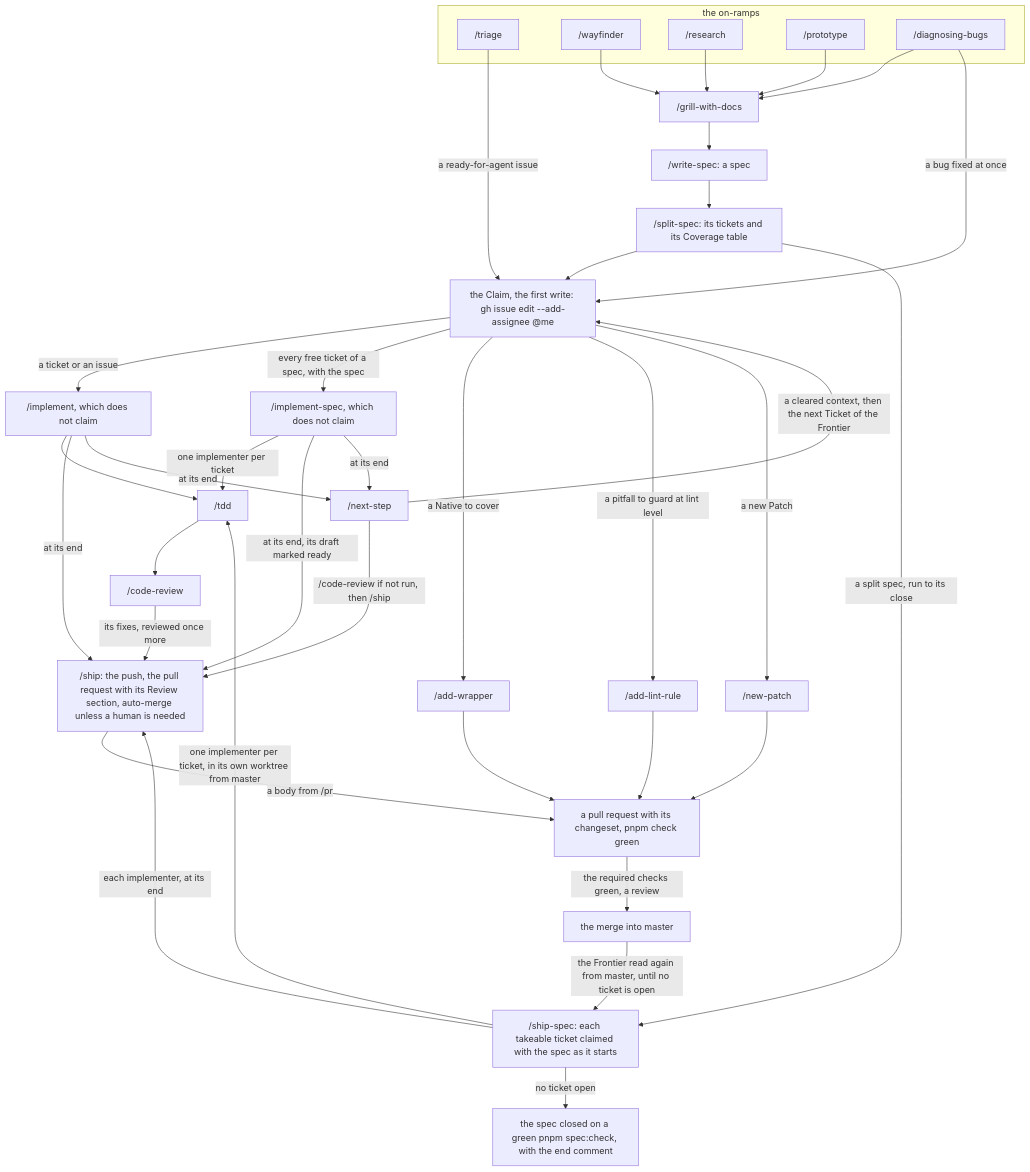
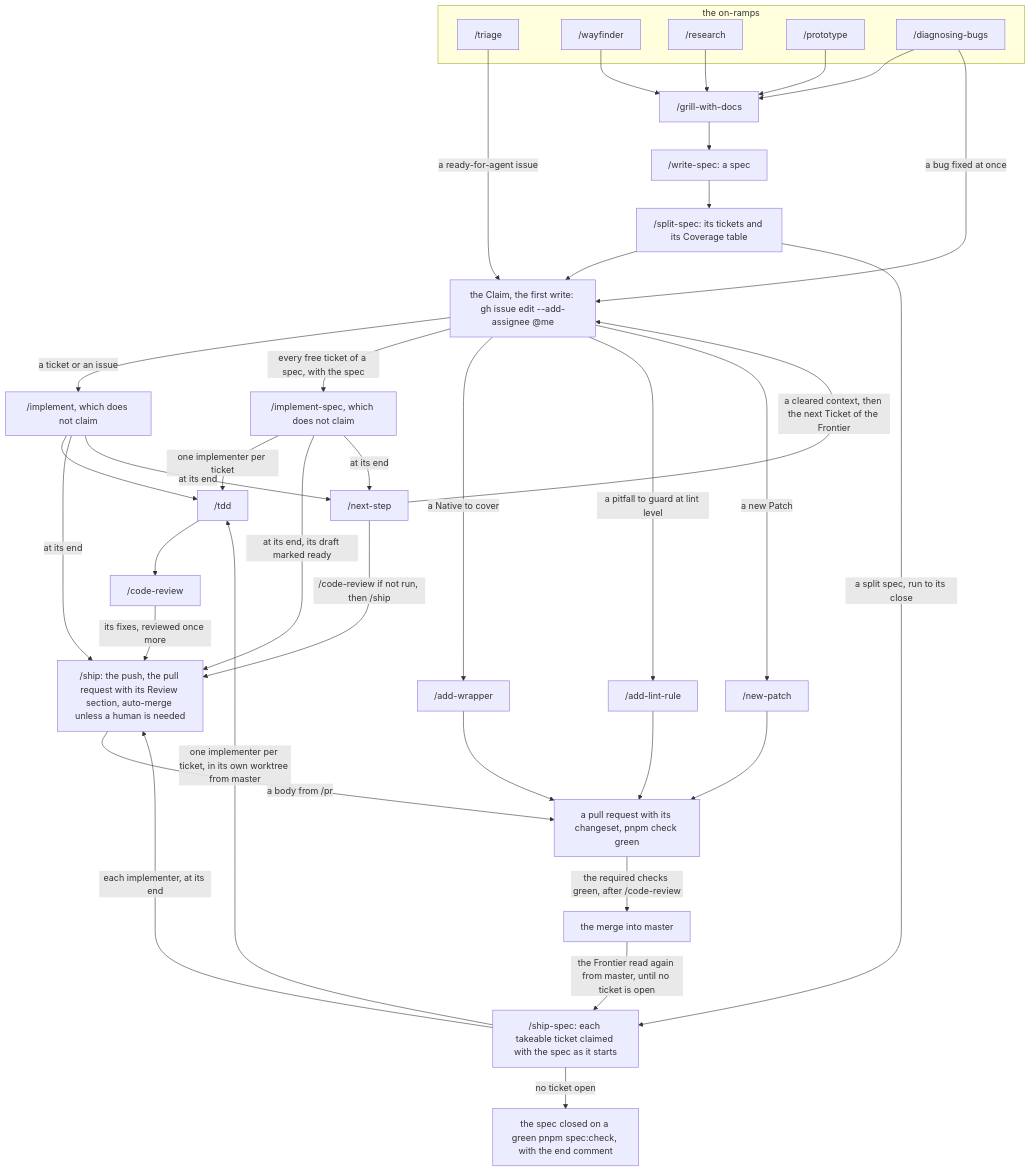
One commit to phmilk/reforged-ts changed the diagram in docs/agents/development-loop.md. Above: the diagram before and after it, drawn with Mermaid.

Commit message:
docs(agents): the loop's merge waits for the required checks after /code-review, no human review (ADR 0021)

````diff
--- a/docs/agents/development-loop.md
+++ b/docs/agents/development-loop.md
@@ -77,64 +77,64 @@
 ```mermaid
 flowchart TD
   %% diagram: development-loop
   %% covers: skills
   subgraph on_ramps["the on-ramps"]
     triage["/triage"]
     wayfinder["/wayfinder"]
     research["/research"]
     prototype["/prototype"]
     diagnosing_bugs["/diagnosing-bugs"]
   end
   grill_with_docs["/grill-with-docs"]
   write_spec["/write-spec: a spec"]
   split_spec["/split-spec: its tickets and its Coverage table"]
   claim["the Claim, the first write: gh issue edit --add-assignee @me"]
   implement["/implement, which does not claim"]
   implement_spec["/implement-spec, which does not claim"]
   tdd["/tdd"]
   code_review["/code-review"]
   next_step["/next-step"]
   ship_spec["/ship-spec: each takeable ticket claimed with the spec as it starts"]
   spec_closed["the spec closed on a green pnpm spec:check, with the end comment"]
   ship["/ship: the push, the pull request with its Review section, auto-merge unless a human is needed"]
   add_wrapper["/add-wrapper"]
   add_lint_rule["/add-lint-rule"]
   new_patch["/new-patch"]
   pull_request["a pull request with its changeset, pnpm check green"]
   merge["the merge into master"]
 
   wayfinder --> grill_with_docs
   research --> grill_with_docs
   prototype --> grill_with_docs
   diagnosing_bugs --> grill_with_docs
   triage -->|"a ready-for-agent issue"| claim
   diagnosing_bugs -->|"a bug fixed at once"| claim
   grill_with_docs --> write_spec
   write_spec --> split_spec
   split_spec --> claim
   split_spec -->|"a split spec, run to its close"| ship_spec
   claim -->|"a ticket or an issue"| implement
   claim -->|"every free ticket of a spec, with the spec"| implement_spec
   claim -->|"a Native to cover"| add_wrapper
   claim -->|"a pitfall to guard at lint level"| add_lint_rule
   claim -->|"a new Patch"| new_patch
   implement --> tdd
   implement_spec -->|"one implementer per ticket"| tdd
   ship_spec -->|"one implementer per ticket, in its own worktree from master"| tdd
   tdd --> code_review
   code_review -->|"its fixes, reviewed once more"| ship
   implement -->|"at its end"| ship
   implement_spec -->|"at its end, its draft marked ready"| ship
   ship_spec -->|"each implementer, at its end"| ship
   ship -->|"a body from /pr"| pull_request
   add_wrapper --> pull_request
   add_lint_rule --> pull_request
   new_patch --> pull_request
-  pull_request -->|"the required checks green, a review"| merge
+  pull_request -->|"the required checks green, after /code-review"| merge
   merge -->|"the Frontier read again from master, until no ticket is open"| ship_spec
   ship_spec -->|"no ticket open"| spec_closed
   implement -->|"at its end"| next_step
   implement_spec -->|"at its end"| next_step
   next_step -->|"/code-review if not run, then /ship"| ship
   next_step -->|"a cleared context, then the next Ticket of the Frontier"| claim
 ```
````
